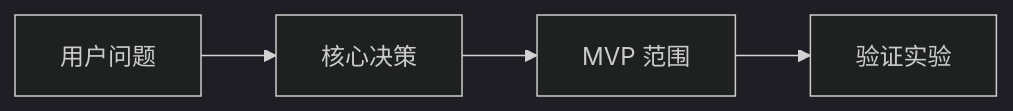
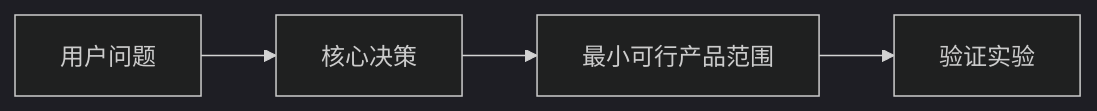
The diagram in shared/templates/new-product-brief.md (Duzhenyang111/WheelWise), drawn with Mermaid (dark theme) before and after one commit. The commit also changed other lines of this file and 25 other files, not shown here.

````diff
--- a/shared/templates/new-product-brief.md
+++ b/shared/templates/new-product-brief.md
@@ -203,6 +215,6 @@
 ```mermaid
 flowchart LR
   A["用户问题"] --> B["核心决策"]
-  B --> C["MVP 范围"]
+  B --> C["最小可行产品范围"]
   C --> D["验证实验"]
 ```
````
